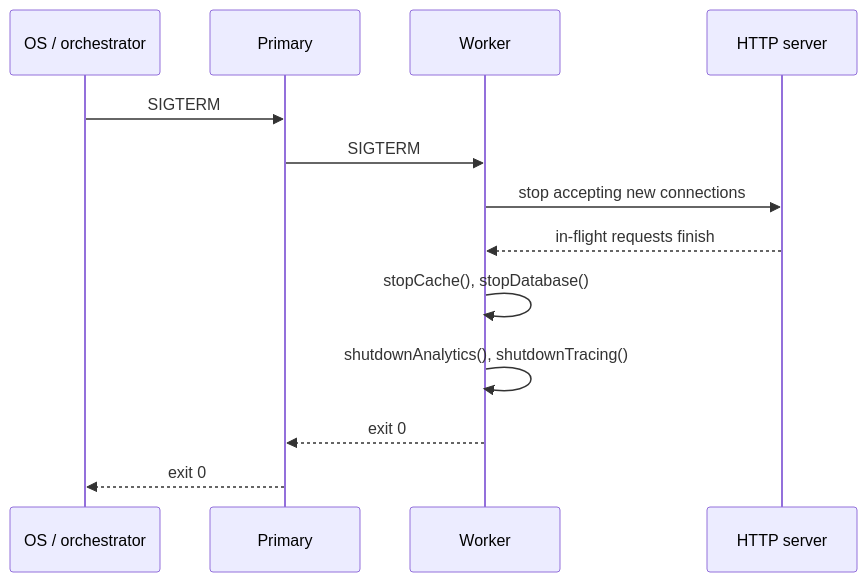
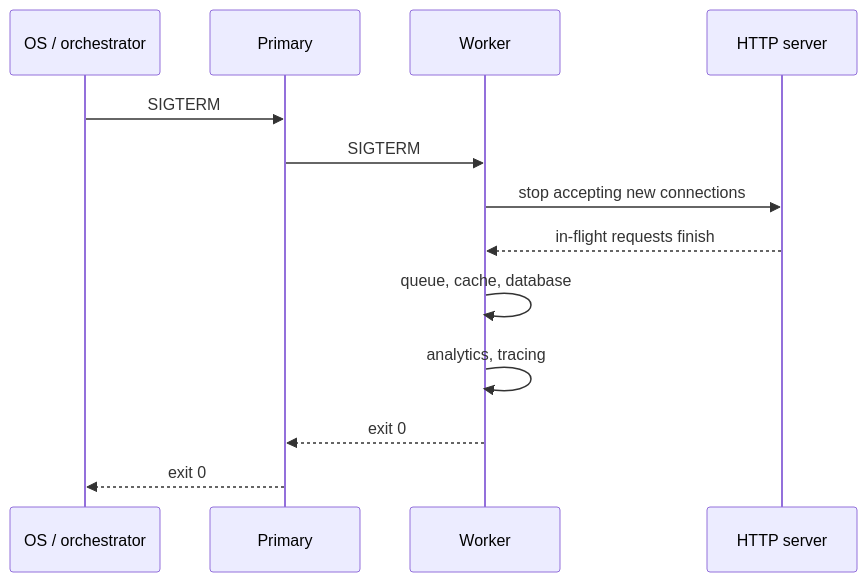
The third of 3 diagrams in docs/theory/clustering.md (Guebbit/boilerplate-node-backend), drawn with Mermaid before and after one commit. The commit also changed other lines of this file and 130 other files, not shown here.

````diff
--- a/docs/theory/clustering.md
+++ b/docs/theory/clustering.md
@@ -56,15 +57,15 @@
 ```mermaid
 sequenceDiagram
     participant OS as OS / orchestrator
     participant P as Primary
     participant W as Worker
     participant H as HTTP server
     OS->>P: SIGTERM
     P->>W: SIGTERM
     W->>H: stop accepting new connections
     H-->>W: in-flight requests finish
-    W->>W: stopCache(), stopDatabase()
-    W->>W: shutdownAnalytics(), shutdownTracing()
+    W->>W: queue, cache, database
+    W->>W: analytics, tracing
     W-->>P: exit 0
     P-->>OS: exit 0
 ```
````
